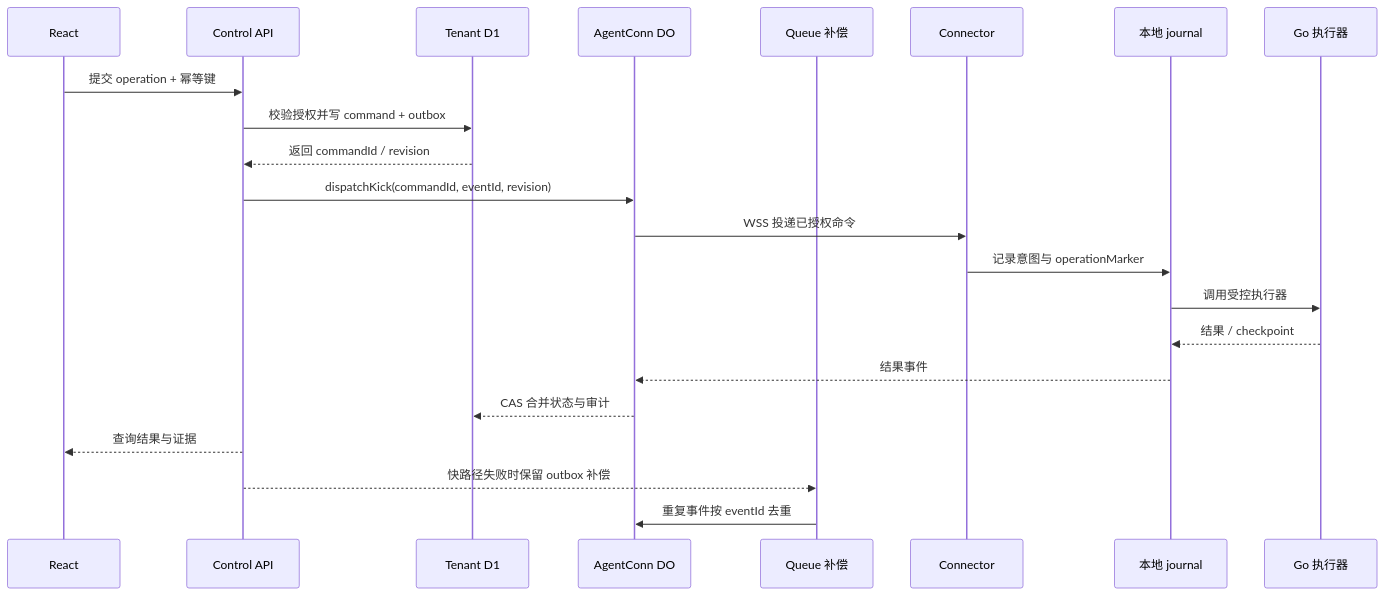
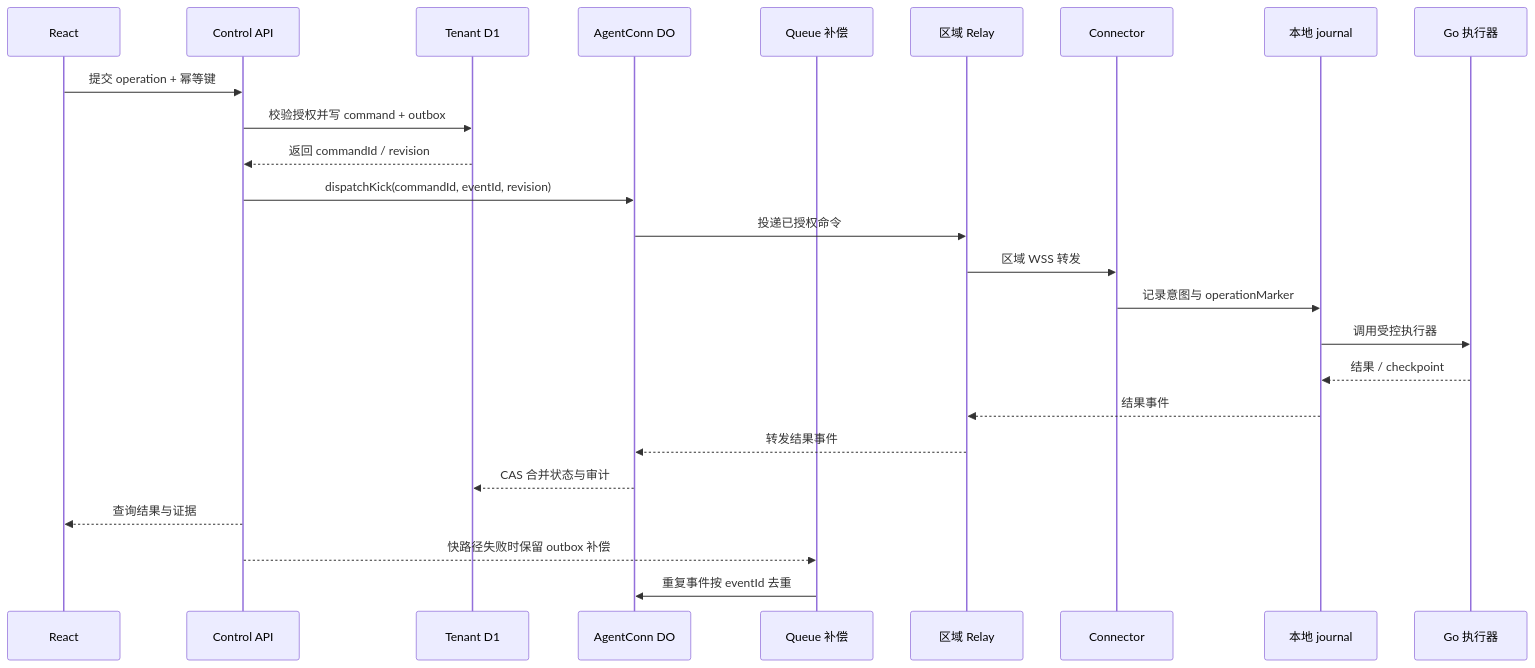
One commit to XCAngelWatch/AngelFleetPRD changed the eighth of 15 diagrams in docs/technical-plan.md. Above: the diagram before and after it, drawn with Mermaid. The commit also changed other lines of this file and 11 other files, not shown here.

````diff
--- a/docs/technical-plan.md
+++ b/docs/technical-plan.md
@@ -314,24 +339,27 @@
 ```mermaid
 sequenceDiagram
     participant U as React
     participant A as Control API
     participant D as Tenant D1
     participant N as AgentConn DO
     participant Q as Queue 补偿
+    participant R as 区域 Relay
     participant C as Connector
     participant J as 本地 journal
     participant G as Go 执行器
     U->>A: 提交 operation + 幂等键
     A->>D: 校验授权并写 command + outbox
     D-->>A: 返回 commandId / revision
     A->>N: dispatchKick(commandId, eventId, revision)
-    N->>C: WSS 投递已授权命令
+    N->>R: 投递已授权命令
+    R->>C: 区域 WSS 转发
     C->>J: 记录意图与 operationMarker
     J->>G: 调用受控执行器
     G-->>J: 结果 / checkpoint
-    J-->>N: 结果事件
+    J-->>R: 结果事件
+    R-->>N: 转发结果事件
     N-->>D: CAS 合并状态与审计
     A-->>U: 查询结果与证据
     A-->>Q: 快路径失败时保留 outbox 补偿
     Q->>N: 重复事件按 eventId 去重
 ```
````
